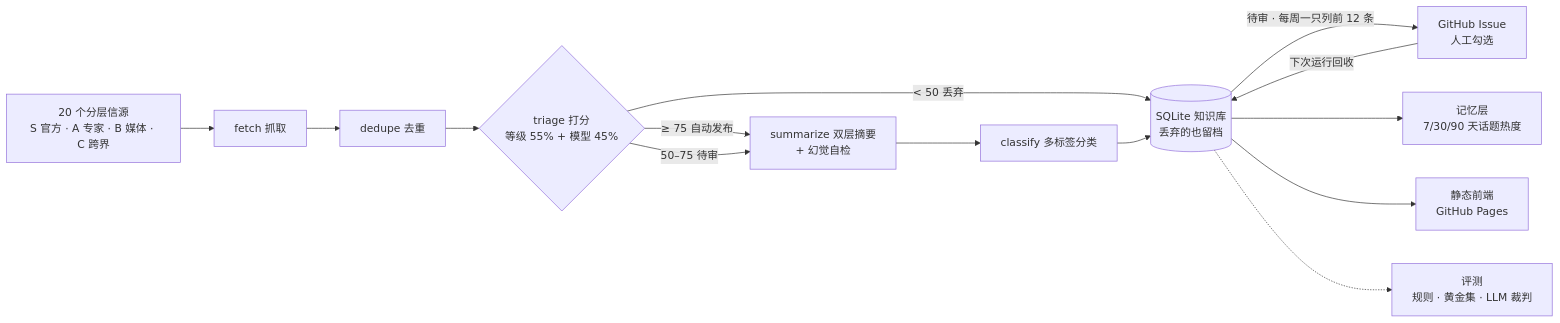
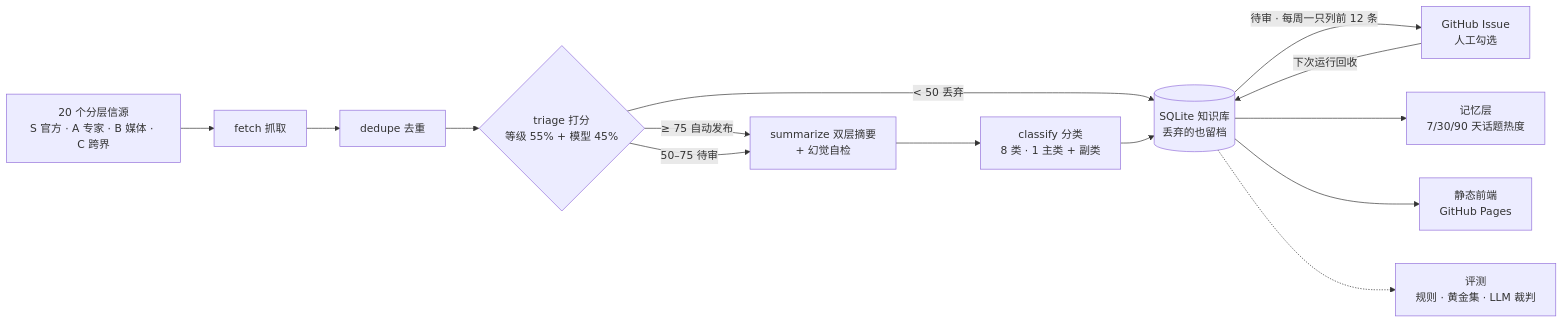
One commit to wenboxia/airadar changed the diagram in README.md. Above: the diagram before and after it, drawn with Mermaid. The commit also changed other lines of this file and 30 other files, not shown here.

````diff
--- a/README.md
+++ b/README.md
@@ -7,14 +7,14 @@
 ```mermaid
 flowchart LR
     SRC["20 个分层信源<br/>S 官方 · A 专家 · B 媒体 · C 跨界"] --> F["fetch 抓取"]
     F --> D["dedupe 去重"] --> T{"triage 打分<br/>等级 55% + 模型 45%"}
     T -->|"≥ 75 自动发布"| S["summarize 双层摘要<br/>+ 幻觉自检"]
     T -->|"50–75 待审"| S
     T -->|"< 50 丢弃"| DB
-    S --> C["classify 多标签分类"] --> DB[("SQLite 知识库<br/>丢弃的也留档")]
+    S --> C["classify 分类<br/>8 类 · 1 主类 + 副类"] --> DB[("SQLite 知识库<br/>丢弃的也留档")]
     DB -->|"待审 · 每周一只列前 12 条"| I["GitHub Issue<br/>人工勾选"]
     I -->|"下次运行回收"| DB
     DB --> M["记忆层<br/>7/30/90 天话题热度"]
     DB --> W["静态前端<br/>GitHub Pages"]
     DB -.-> E["评测<br/>规则 · 黄金集 · LLM 裁判"]
 ```
````
